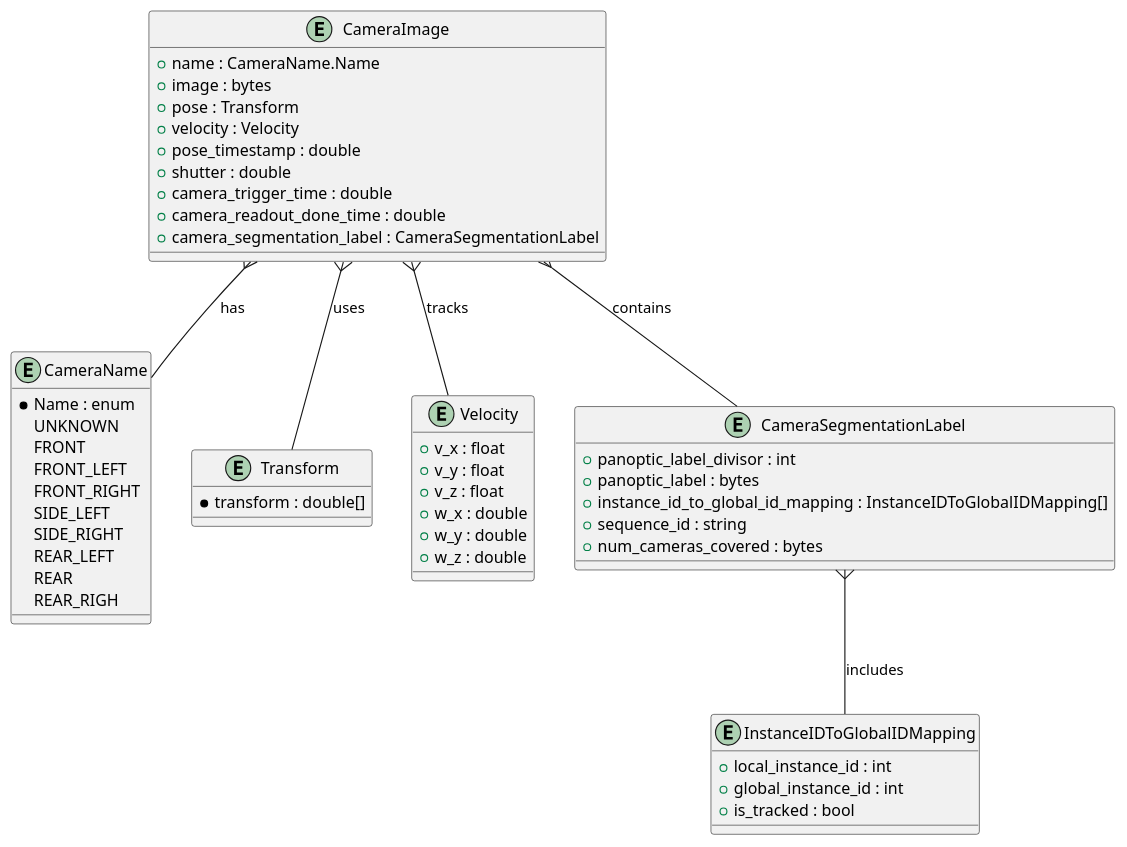
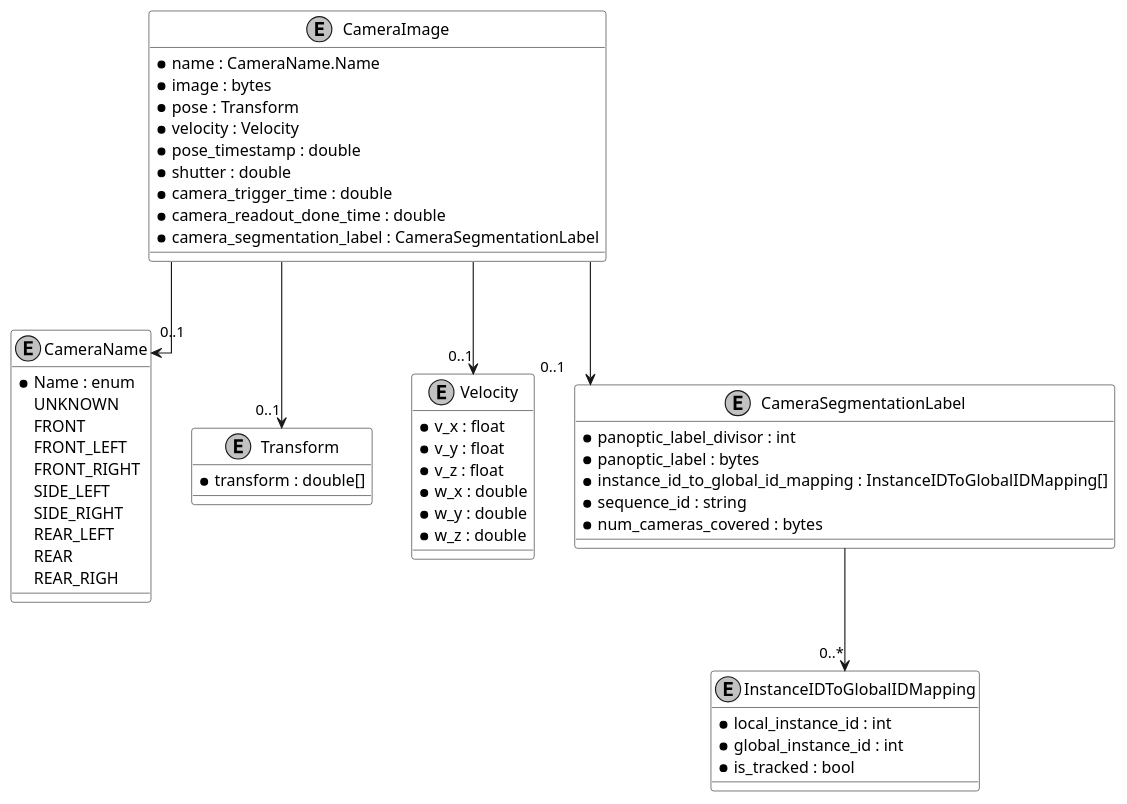
One commit to RodrigoIglesia/TFM_Landmark_Based_Localization changed the diagram in uml/message_taxonomy/images_data_model.puml. Above: the diagram before and after it, drawn with PlantUML. The commit also changed 25 other files, not shown here.

```diff
--- a/uml/message_taxonomy/images_data_model.puml
+++ b/uml/message_taxonomy/images_data_model.puml
@@ -1,61 +1,63 @@
 @startuml
-
+skinparam linetype ortho
+skinparam monochrome true
+skinparam classBackgroundColor white
 entity "CameraImage" {
-    + name : CameraName.Name
-    + image : bytes
-    + pose : Transform
-    + velocity : Velocity
-    + pose_timestamp : double
-    + shutter : double
-    + camera_trigger_time : double
-    + camera_readout_done_time : double
-    + camera_segmentation_label : CameraSegmentationLabel
+    * name : CameraName.Name
+    * image : bytes
+    * pose : Transform
+    * velocity : Velocity
+    * pose_timestamp : double
+    * shutter : double
+    * camera_trigger_time : double
+    * camera_readout_done_time : double
+    * camera_segmentation_label : CameraSegmentationLabel
 }
 
 entity "CameraName" {
     * Name : enum
         UNKNOWN
         FRONT
         FRONT_LEFT
         FRONT_RIGHT
         SIDE_LEFT
         SIDE_RIGHT
         REAR_LEFT
         REAR
         REAR_RIGH
 }
 
 entity "Transform" {
     * transform : double[]
 }
 
 entity "Velocity" {
-    + v_x : float
-    + v_y : float
-    + v_z : float
-    + w_x : double
-    + w_y : double
-    + w_z : double
+    * v_x : float
+    * v_y : float
+    * v_z : float
+    * w_x : double
+    * w_y : double
+    * w_z : double
 }
 
 entity "CameraSegmentationLabel" {
-    + panoptic_label_divisor : int
-    + panoptic_label : bytes
-    + instance_id_to_global_id_mapping : InstanceIDToGlobalIDMapping[]
-    + sequence_id : string
-    + num_cameras_covered : bytes
+    * panoptic_label_divisor : int
+    * panoptic_label : bytes
+    * instance_id_to_global_id_mapping : InstanceIDToGlobalIDMapping[]
+    * sequence_id : string
+    * num_cameras_covered : bytes
 }
 
 entity "InstanceIDToGlobalIDMapping" {
-    + local_instance_id : int
-    + global_instance_id : int
-    + is_tracked : bool
+    * local_instance_id : int
+    * global_instance_id : int
+    * is_tracked : bool
 }
 
-"CameraImage" }-- "CameraName" : has
-"CameraImage" }-- "Transform" : uses
-"CameraImage" }-- "Velocity" : tracks
-"CameraImage" }-- "CameraSegmentationLabel" : contains
-"CameraSegmentationLabel" }-- "InstanceIDToGlobalIDMapping" : includes
+CameraImage --> "0..1" CameraName
+CameraImage --> "0..1" Transform
+CameraImage --> "0..1" Velocity
+CameraImage --> "0..1" CameraSegmentationLabel
+CameraSegmentationLabel --> "0..*" InstanceIDToGlobalIDMapping
 
 @enduml
```
